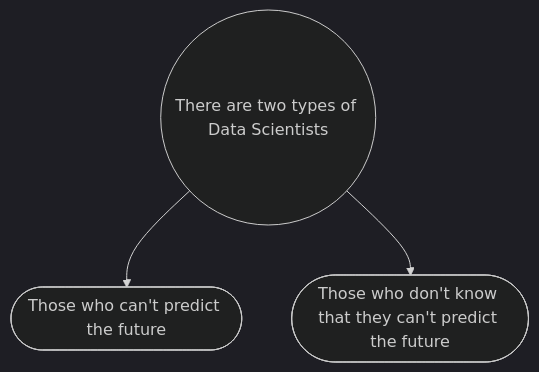
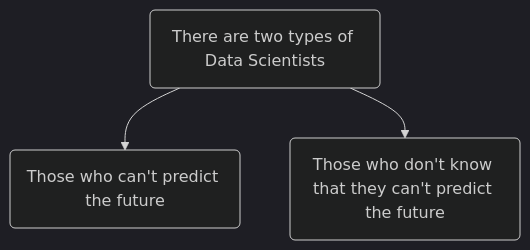
Before and after one commit to pbenavidesh/narsil: the third of 3 diagrams in docs/forecasting/intro/intro.qmd, drawn with Mermaid (dark theme). The commit also changed other lines of this file, not shown here.

Commit message:
Added some notes and mermaid

````diff
--- a/docs/forecasting/intro/intro.qmd
+++ b/docs/forecasting/intro/intro.qmd
@@ -126,8 +131,6 @@
 ```{mermaid}
 flowchart TD
-    A(("There are two types of Data Scientists")) --> D@{ label: "Those who can't predict the future" } & E@{ label: "Those who don't know that they can't predict the future" }
-
-    D@{ shape: stadium}
-    E@{ shape: stadium}
-
+    A(There are two types of Data Scientists)
+    A-->B(Those who can't predict the future)
+    A-->C(Those who don't know that they can't predict the future)
 ```
````
